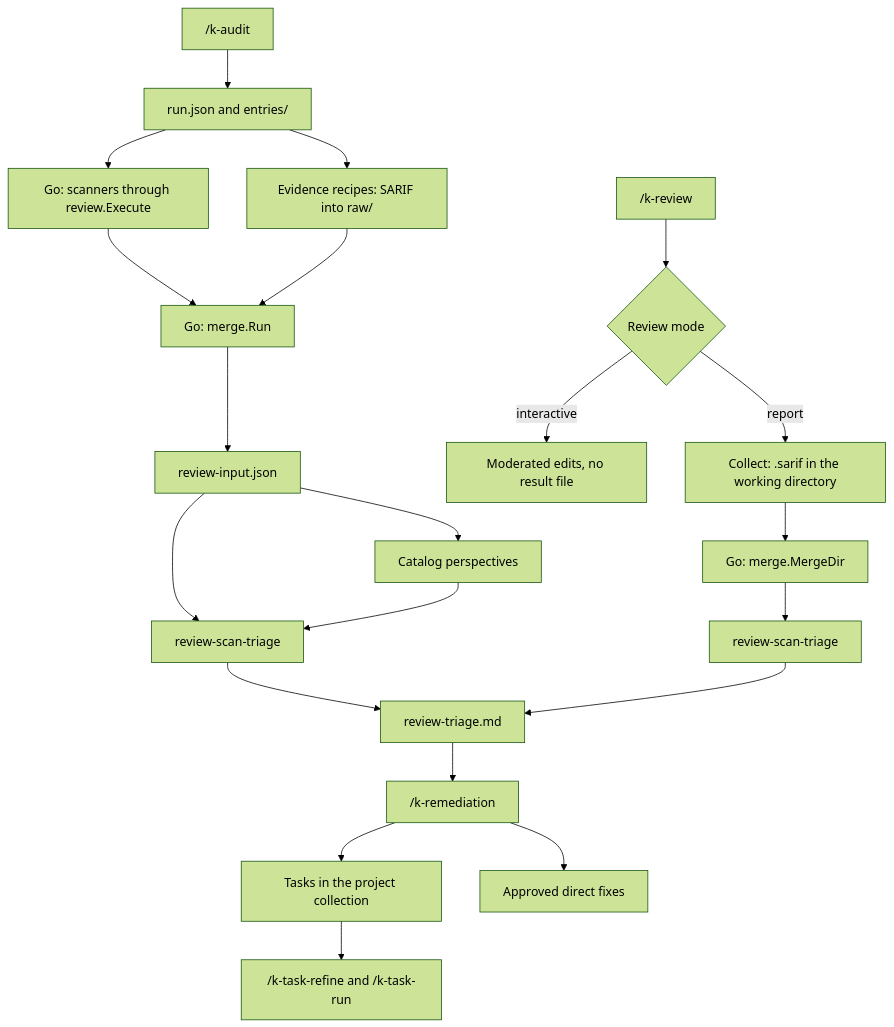
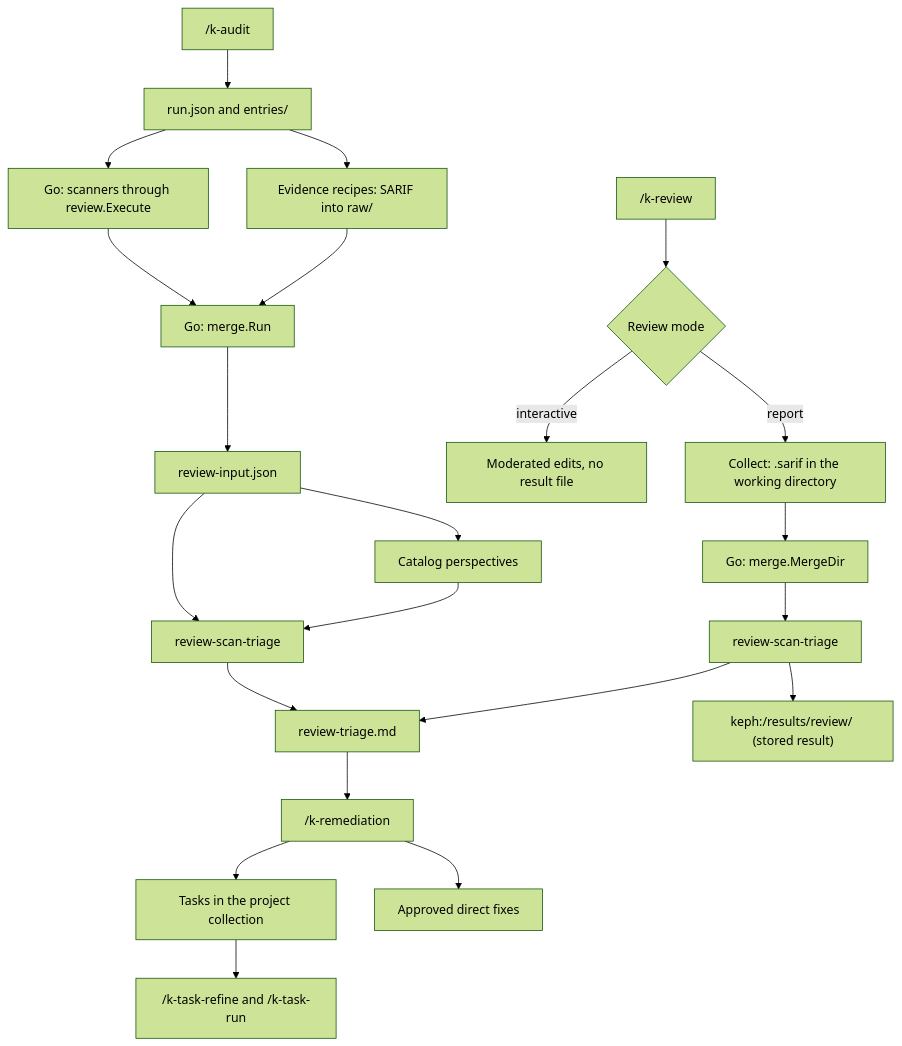
One commit to kascada/k-playbook changed the diagram in defaults/docs/handbook/code-review.md. Above: the diagram before and after it, drawn with Mermaid (forest theme). The commit also changed other lines of this file and 49 other files, not shown here.

````diff
--- a/defaults/docs/handbook/code-review.md
+++ b/defaults/docs/handbook/code-review.md
@@ -50,23 +52,24 @@
 ```mermaid
 flowchart TD
     A["/k-audit"] --> B["run.json and entries/"]
     B --> C["Go: scanners through review.Execute"]
     B --> D["Evidence recipes: SARIF into raw/"]
     C --> E["Go: merge.Run"]
     D --> E
     E --> F["review-input.json"]
     F --> G["Catalog perspectives"]
     F --> H["review-scan-triage"]
     G --> H
     H --> T["review-triage.md"]
     I["/k-review <name>"] --> J{"Review mode"}
     J -->|interactive| K["Moderated edits, no result file"]
     J -->|report| L["Collect: <recipe>.sarif in the working directory"]
     L --> R["Go: merge.MergeDir"]
     R --> M["review-scan-triage"]
     M --> T
+    M --> S["keph:/results/review/ (stored result)"]
     T --> N["/k-remediation"]
     N --> O["Tasks in the project collection"]
     O --> P["/k-task-refine and /k-task-run"]
     N --> Q["Approved direct fixes"]
 ```
````
